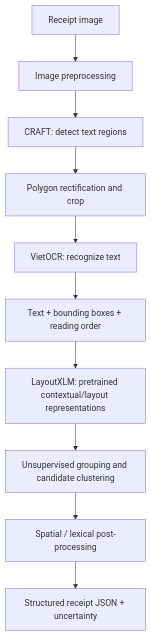
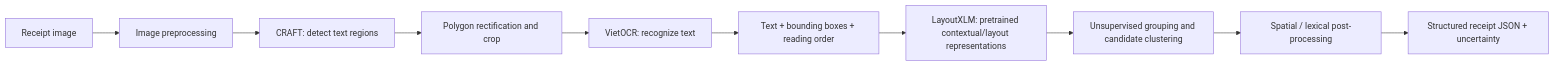
Before and after one commit to CaoLePhucThinh2203/QuetHoaDon: the diagram in README.md, drawn with Mermaid. The commit also changed other lines of this file, not shown here.

````diff
--- a/README.md
+++ b/README.md
@@ -18,12 +19,12 @@
 ```mermaid
-flowchart TD
+flowchart LR
     A["Receipt image"] --> B["Image preprocessing"]
     B --> C["CRAFT: detect text regions"]
     C --> D["Polygon rectification and crop"]
     D --> E["VietOCR: recognize text"]
     E --> F["Text + bounding boxes + reading order"]
     F --> G["LayoutXLM: pretrained contextual/layout representations"]
     G --> H["Unsupervised grouping and candidate clustering"]
     H --> I["Spatial / lexical post-processing"]
     I --> J["Structured receipt JSON + uncertainty"]
 ```
````
